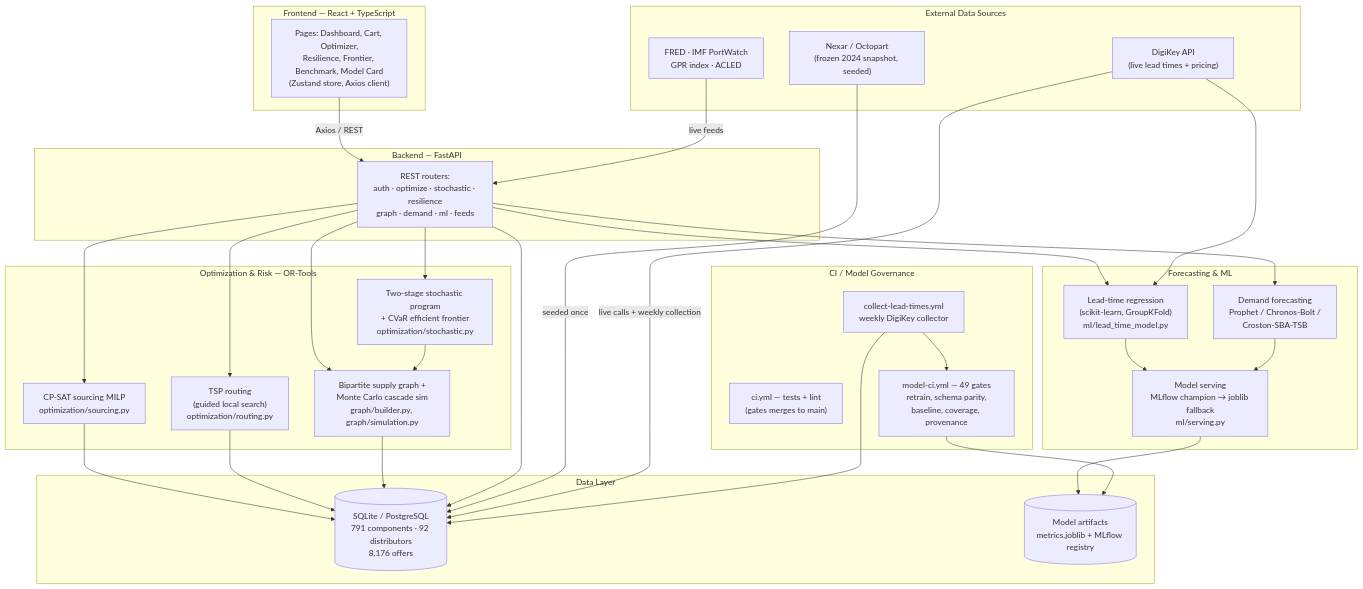
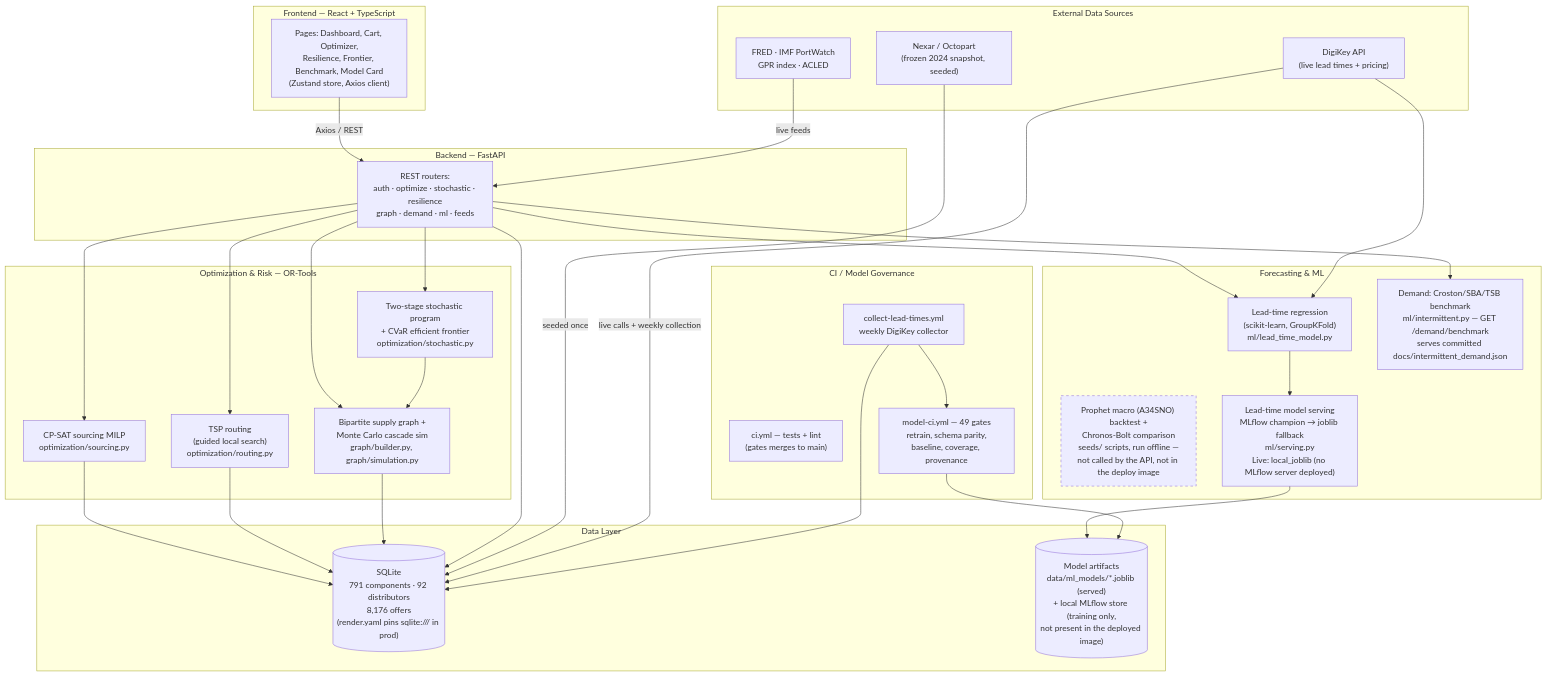
Before and after one commit to ApagPlayz/supply-chain-optimizer: the diagram in README.md, drawn with Mermaid. The commit also changed other lines of this file and 18 other files, not shown here.

````diff
--- a/README.md
+++ b/README.md
@@ -267,63 +278,66 @@
 ```mermaid
 flowchart TB
     subgraph FE["Frontend — React + TypeScript"]
         UI["Pages: Dashboard, Cart, Optimizer,<br/>Resilience, Frontier, Benchmark, Model Card<br/>(Zustand store, Axios client)"]
     end
 
     subgraph BE["Backend — FastAPI"]
         API["REST routers:<br/>auth · optimize · stochastic · resilience<br/>graph · demand · ml · feeds"]
     end
 
     subgraph OPT["Optimization & Risk — OR-Tools"]
         SOURCING["CP-SAT sourcing MILP<br/>optimization/sourcing.py"]
         ROUTING["TSP routing<br/>(guided local search)<br/>optimization/routing.py"]
         STOCH["Two-stage stochastic program<br/>+ CVaR efficient frontier<br/>optimization/stochastic.py"]
         GRAPHSIM["Bipartite supply graph +<br/>Monte Carlo cascade sim<br/>graph/builder.py, graph/simulation.py"]
     end
 
     subgraph ML["Forecasting & ML"]
         LEADTIME["Lead-time regression<br/>(scikit-learn, GroupKFold)<br/>ml/lead_time_model.py"]
-        DEMAND["Demand forecasting<br/>Prophet / Chronos-Bolt /<br/>Croston-SBA-TSB"]
-        SERVING["Model serving<br/>MLflow champion → joblib fallback<br/>ml/serving.py"]
+        DEMAND["Demand: Croston/SBA/TSB benchmark<br/>ml/intermittent.py — GET /demand/benchmark<br/>serves committed docs/intermittent_demand.json"]
+        OFFLINE["Prophet macro (A34SNO) backtest +<br/>Chronos-Bolt comparison<br/>seeds/ scripts, run offline —<br/>not called by the API, not in the deploy image"]
+        SERVING["Lead-time model serving<br/>MLflow champion → joblib fallback<br/>ml/serving.py<br/>Live: local_joblib (no MLflow server deployed)"]
     end
 
     subgraph DATA["Data Layer"]
-        DB[("SQLite / PostgreSQL<br/>791 components · 92 distributors<br/>8,176 offers")]
-        ARTIFACTS[("Model artifacts<br/>metrics.joblib + MLflow registry")]
+        DB[("SQLite<br/>791 components · 92 distributors<br/>8,176 offers<br/>(render.yaml pins sqlite:/// in prod)")]
+        ARTIFACTS[("Model artifacts<br/>data/ml_models/*.joblib (served)<br/>+ local MLflow store (training only,<br/>not present in the deployed image)")]
     end
 
     subgraph EXT["External Data Sources"]
         NEXAR["Nexar / Octopart<br/>(frozen 2024 snapshot, seeded)"]
         DIGIKEY["DigiKey API<br/>(live lead times + pricing)"]
         MACRO["FRED · IMF PortWatch<br/>GPR index · ACLED"]
     end
 
     subgraph CICD["CI / Model Governance"]
         CI["ci.yml — tests + lint<br/>(gates merges to main)"]
         MODELCI["model-ci.yml — 49 gates<br/>retrain, schema parity,<br/>baseline, coverage, provenance"]
         COLLECTOR["collect-lead-times.yml<br/>weekly DigiKey collector"]
     end
 
     UI -->|Axios / REST| API
     API --> SOURCING
     API --> ROUTING
     API --> STOCH
     API --> GRAPHSIM
     API --> LEADTIME
     API --> DEMAND
     STOCH --> GRAPHSIM
     SOURCING --> DB
     ROUTING --> DB
     GRAPHSIM --> DB
     API --> DB
     LEADTIME --> SERVING
-    DEMAND --> SERVING
     SERVING --> ARTIFACTS
     NEXAR -->|seeded once| DB
     DIGIKEY -->|live calls + weekly collection| DB
     DIGIKEY --> LEADTIME
     MACRO -->|live feeds| API
     COLLECTOR --> DB
     COLLECTOR --> MODELCI
     MODELCI --> ARTIFACTS
+
+    classDef offline stroke-dasharray: 5 5;
+    class OFFLINE offline;
 ```
````
